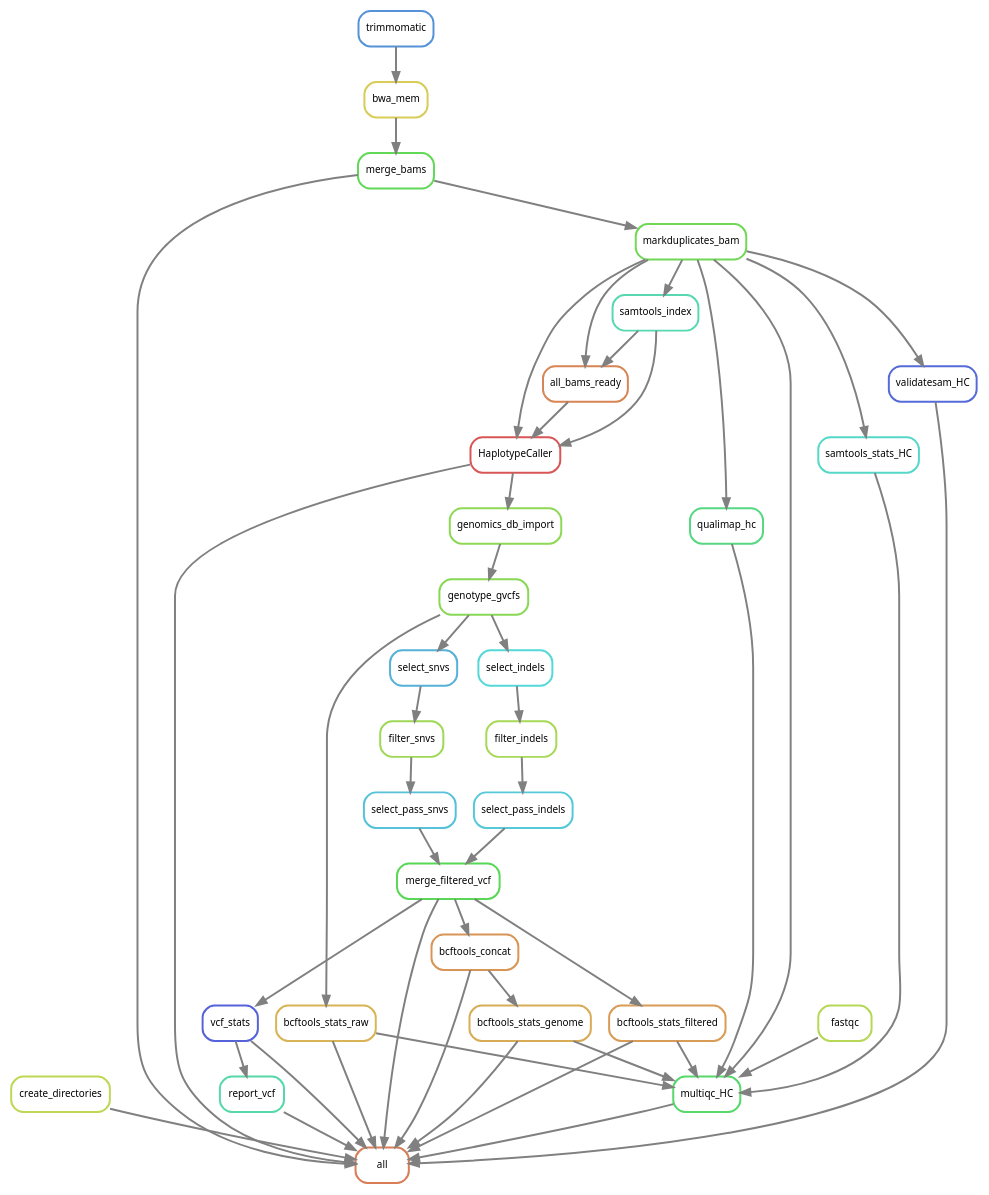
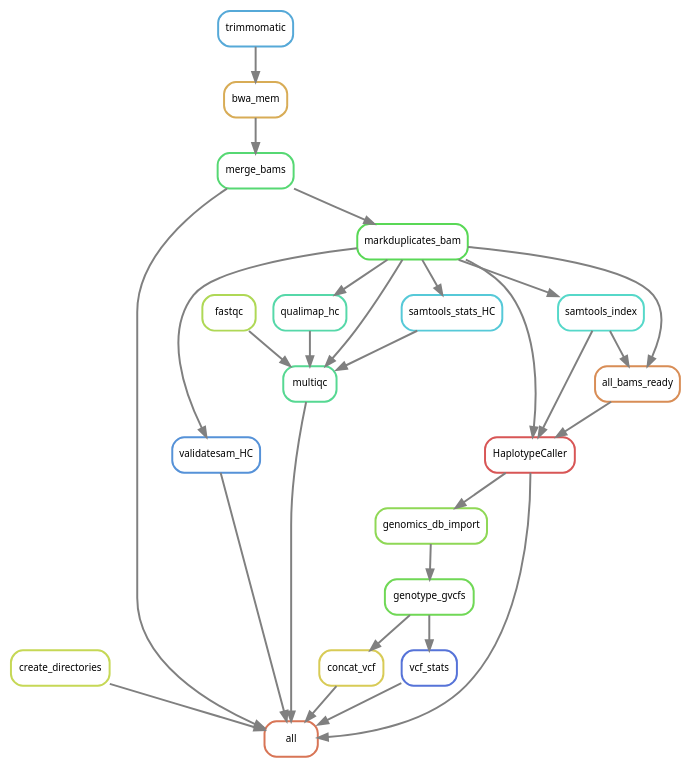
The diagram in pipeline_rulegraph.dot (ltalignani/evo-shave), drawn with Graphviz before and after one commit. The commit also changed 1 other file, not shown here.

```diff
--- a/pipeline_rulegraph.dot
+++ b/pipeline_rulegraph.dot
@@ -1,81 +1,50 @@
 digraph snakemake_dag {
     graph[bgcolor=white, margin=0];
     node[shape=box, style=rounded, fontname=sans,                 fontsize=10, penwidth=2];
     edge[penwidth=2, color=grey];
-	0[label = "all", color = "0.05 0.6 0.85", style="rounded"];
-	1[label = "create_directories", color = "0.20 0.6 0.85", style="rounded"];
-	2[label = "validatesam_HC", color = "0.64 0.6 0.85", style="rounded"];
-	3[label = "markduplicates_bam", color = "0.30 0.6 0.85", style="rounded"];
-	4[label = "merge_bams", color = "0.32 0.6 0.85", style="rounded"];
-	5[label = "bwa_mem", color = "0.15 0.6 0.85", style="rounded"];
-	6[label = "trimmomatic", color = "0.59 0.6 0.85", style="rounded"];
-	7[label = "multiqc_HC", color = "0.36 0.6 0.85", style="rounded"];
-	8[label = "fastqc", color = "0.21 0.6 0.85", style="rounded"];
-	9[label = "samtools_stats_HC", color = "0.48 0.6 0.85", style="rounded"];
-	10[label = "qualimap_hc", color = "0.39 0.6 0.85", style="rounded"];
-	11[label = "bcftools_stats_raw", color = "0.12 0.6 0.85", style="rounded"];
-	12[label = "genotype_gvcfs", color = "0.27 0.6 0.85", style="rounded"];
-	13[label = "genomics_db_import", color = "0.26 0.6 0.85", style="rounded"];
-	14[label = "HaplotypeCaller", color = "0.00 0.6 0.85", style="rounded"];
-	15[label = "samtools_index", color = "0.45 0.6 0.85", style="rounded"];
-	16[label = "all_bams_ready", color = "0.06 0.6 0.85", style="rounded"];
-	17[label = "bcftools_stats_filtered", color = "0.09 0.6 0.85", style="rounded"];
-	18[label = "merge_filtered_vcf", color = "0.33 0.6 0.85", style="rounded"];
-	19[label = "select_pass_snvs", color = "0.53 0.6 0.85", style="rounded"];
-	20[label = "filter_snvs", color = "0.24 0.6 0.85", style="rounded"];
-	21[label = "select_snvs", color = "0.55 0.6 0.85", style="rounded"];
-	22[label = "select_pass_indels", color = "0.52 0.6 0.85", style="rounded"];
-	23[label = "filter_indels", color = "0.23 0.6 0.85", style="rounded"];
-	24[label = "select_indels", color = "0.50 0.6 0.85", style="rounded"];
-	25[label = "bcftools_stats_genome", color = "0.11 0.6 0.85", style="rounded"];
-	26[label = "bcftools_concat", color = "0.08 0.6 0.85", style="rounded"];
-	27[label = "vcf_stats", color = "0.65 0.6 0.85", style="rounded"];
-	28[label = "report_vcf", color = "0.44 0.6 0.85", style="rounded"];
-	26 -> 0
+	0[label = "all", color = "0.04 0.6 0.85", style="rounded"];
+	1[label = "create_directories", color = "0.19 0.6 0.85", style="rounded"];
+	2[label = "validatesam_HC", color = "0.59 0.6 0.85", style="rounded"];
+	3[label = "markduplicates_bam", color = "0.33 0.6 0.85", style="rounded"];
+	4[label = "merge_bams", color = "0.37 0.6 0.85", style="rounded"];
+	5[label = "bwa_mem", color = "0.11 0.6 0.85", style="rounded"];
+	6[label = "trimmomatic", color = "0.56 0.6 0.85", style="rounded"];
+	7[label = "multiqc", color = "0.41 0.6 0.85", style="rounded"];
+	8[label = "fastqc", color = "0.22 0.6 0.85", style="rounded"];
+	9[label = "samtools_stats_HC", color = "0.52 0.6 0.85", style="rounded"];
+	10[label = "qualimap_hc", color = "0.44 0.6 0.85", style="rounded"];
+	11[label = "HaplotypeCaller", color = "0.00 0.6 0.85", style="rounded"];
+	12[label = "samtools_index", color = "0.48 0.6 0.85", style="rounded"];
+	13[label = "all_bams_ready", color = "0.07 0.6 0.85", style="rounded"];
+	14[label = "concat_vcf", color = "0.15 0.6 0.85", style="rounded"];
+	15[label = "genotype_gvcfs", color = "0.30 0.6 0.85", style="rounded"];
+	16[label = "genomics_db_import", color = "0.26 0.6 0.85", style="rounded"];
+	17[label = "vcf_stats", color = "0.63 0.6 0.85", style="rounded"];
+	1 -> 0
+	2 -> 0
+	17 -> 0
 	7 -> 0
-	1 -> 0
 	14 -> 0
-	28 -> 0
-	2 -> 0
-	27 -> 0
 	11 -> 0
-	17 -> 0
 	4 -> 0
-	25 -> 0
-	18 -> 0
 	3 -> 2
 	4 -> 3
 	5 -> 4
 	6 -> 5
+	10 -> 7
 	9 -> 7
-	10 -> 7
-	11 -> 7
-	17 -> 7
+	8 -> 7
 	3 -> 7
-	8 -> 7
-	25 -> 7
 	3 -> 9
 	3 -> 10
 	12 -> 11
-	13 -> 12
-	14 -> 13
+	13 -> 11
+	3 -> 11
+	3 -> 12
+	12 -> 13
+	3 -> 13
 	15 -> 14
-	3 -> 14
-	16 -> 14
-	3 -> 15
-	15 -> 16
-	3 -> 16
-	18 -> 17
-	22 -> 18
-	19 -> 18
-	20 -> 19
-	21 -> 20
-	12 -> 21
-	23 -> 22
-	24 -> 23
-	12 -> 24
-	26 -> 25
-	18 -> 26
-	18 -> 27
-	27 -> 28
+	16 -> 15
+	11 -> 16
+	15 -> 17
 }            
```
